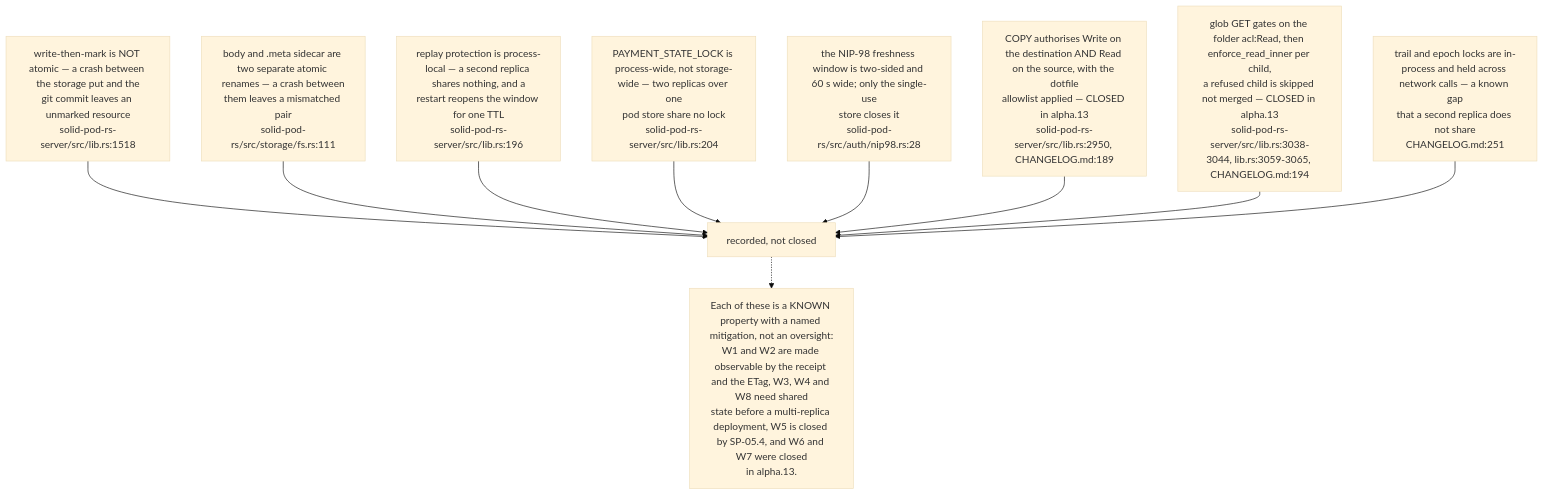
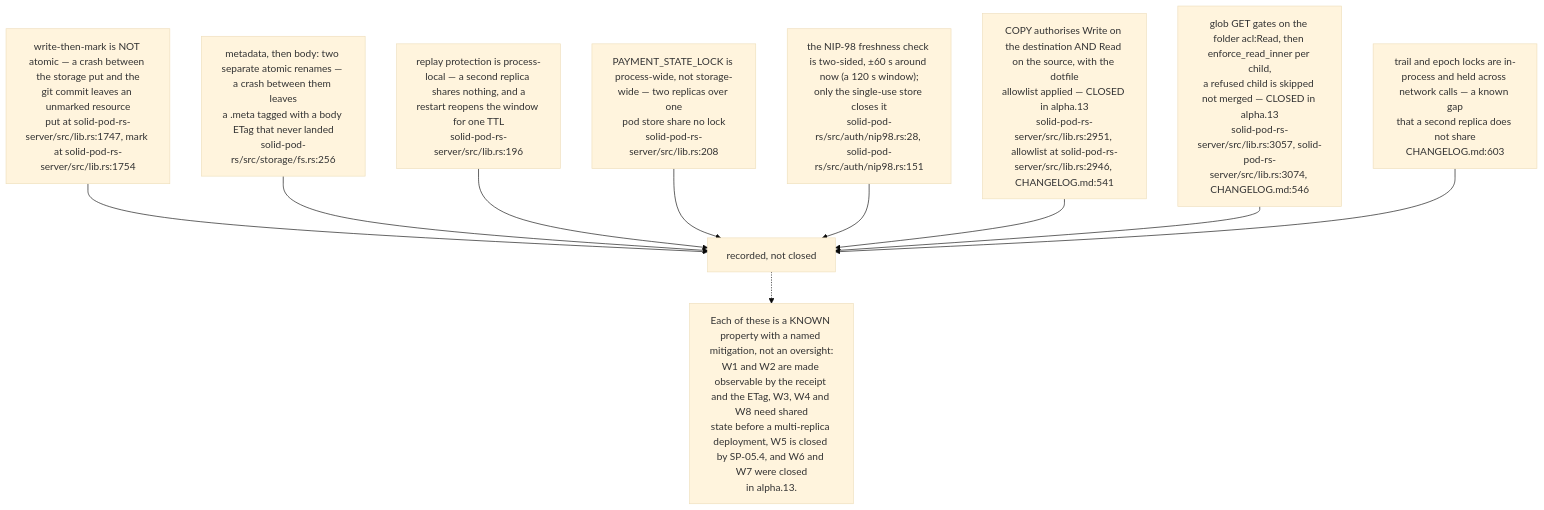
The fourth of 12 diagrams in docs/diagrams/solid-pod-rs/10-failure-modes-and-invariants.md (DreamLab-AI/VisionFlow), drawn with Mermaid (base theme) before and after one commit. The commit also changed other lines of this file and 47 other files, not shown here.

````diff
--- a/docs/diagrams/solid-pod-rs/10-failure-modes-and-invariants.md
+++ b/docs/diagrams/solid-pod-rs/10-failure-modes-and-invariants.md
@@ -124,24 +140,24 @@
 ```mermaid
 flowchart TD
-    W1["write-then-mark is NOT atomic — a crash between the storage put and the<br/>git commit leaves an unmarked resource<br/>solid-pod-rs-server/src/lib.rs:1518"]
-    W2["body and .meta sidecar are two separate atomic renames — a crash between<br/>them leaves a mismatched pair<br/>solid-pod-rs/src/storage/fs.rs:111"]
+    W1["write-then-mark is NOT atomic — a crash between the storage put and the<br/>git commit leaves an unmarked resource<br/>put at solid-pod-rs-server/src/lib.rs:1747, mark at solid-pod-rs-server/src/lib.rs:1754"]
+    W2["metadata, then body: two separate atomic renames — a crash between them leaves<br/>a .meta tagged with a body ETag that never landed<br/>solid-pod-rs/src/storage/fs.rs:256"]
     W3["replay protection is process-local — a second replica shares nothing, and a<br/>restart reopens the window for one TTL<br/>solid-pod-rs-server/src/lib.rs:196"]
-    W4["PAYMENT_STATE_LOCK is process-wide, not storage-wide — two replicas over one<br/>pod store share no lock<br/>solid-pod-rs-server/src/lib.rs:204"]
-    W5["the NIP-98 freshness window is two-sided and 60 s wide; only the single-use<br/>store closes it<br/>solid-pod-rs/src/auth/nip98.rs:28"]
-    W6["COPY authorises Write on the destination AND Read on the source, with the dotfile<br/>allowlist applied — CLOSED in alpha.13<br/>solid-pod-rs-server/src/lib.rs:2950, CHANGELOG.md:189"]
-    W7["glob GET gates on the folder acl:Read, then enforce_read_inner per child,<br/>a refused child is skipped not merged — CLOSED in alpha.13<br/>solid-pod-rs-server/src/lib.rs:3038-3044, lib.rs:3059-3065, CHANGELOG.md:194"]
+    W4["PAYMENT_STATE_LOCK is process-wide, not storage-wide — two replicas over one<br/>pod store share no lock<br/>solid-pod-rs-server/src/lib.rs:208"]
+    W5["the NIP-98 freshness check is two-sided, ±60 s around now (a 120 s window);<br/>only the single-use store closes it<br/>solid-pod-rs/src/auth/nip98.rs:28, solid-pod-rs/src/auth/nip98.rs:151"]
+    W6["COPY authorises Write on the destination AND Read on the source, with the dotfile<br/>allowlist applied — CLOSED in alpha.13<br/>solid-pod-rs-server/src/lib.rs:2951, allowlist at solid-pod-rs-server/src/lib.rs:2946, CHANGELOG.md:541"]
+    W7["glob GET gates on the folder acl:Read, then enforce_read_inner per child,<br/>a refused child is skipped not merged — CLOSED in alpha.13<br/>solid-pod-rs-server/src/lib.rs:3057, solid-pod-rs-server/src/lib.rs:3074, CHANGELOG.md:546"]
 
-    W8["trail and epoch locks are in-process and held across network calls — a known gap<br/>that a second replica does not share<br/>CHANGELOG.md:251"]
+    W8["trail and epoch locks are in-process and held across network calls — a known gap<br/>that a second replica does not share<br/>CHANGELOG.md:603"]
 
     W1 --> R["recorded, not closed"]
     W2 --> R
     W3 --> R
     W4 --> R
     W5 --> R
     W6 --> R
     W7 --> R
     W8 --> R
 
     N["Each of these is a KNOWN property with a named mitigation, not an oversight:<br/>W1 and W2 are made observable by the receipt and the ETag, W3, W4 and W8 need shared<br/>state before a multi-replica deployment, W5 is closed by SP-05.4, and W6 and W7 were closed<br/>in alpha.13."]
     R -.-> N
 ```
````
